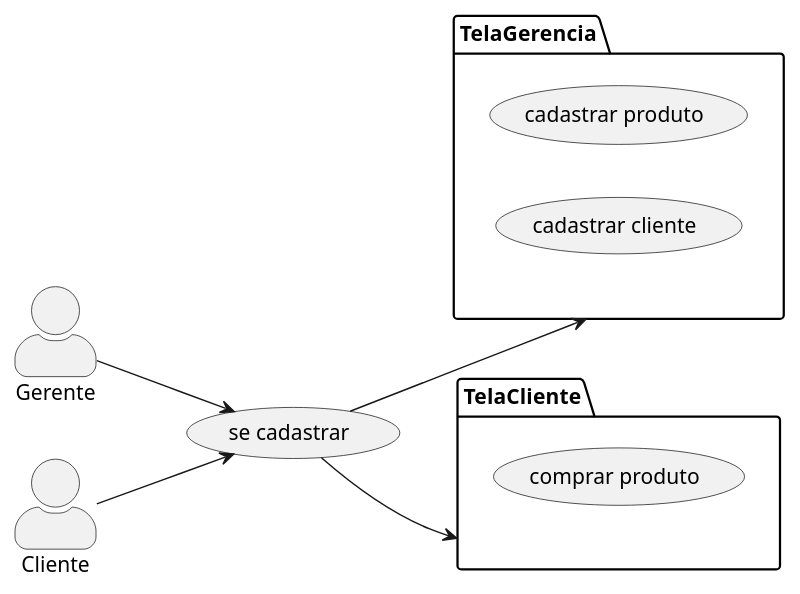
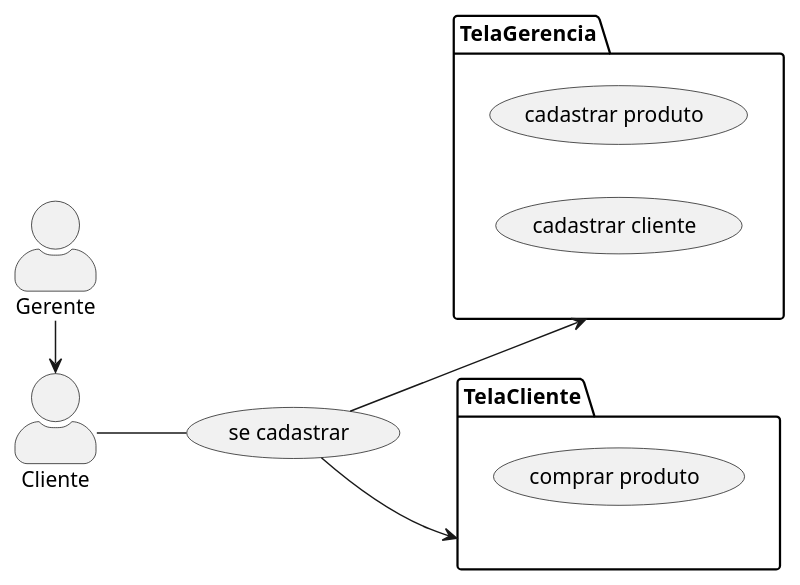
Before and after one commit to Bruthalles/thacsharp1: the diagram in SuperMercado/documents/models/usecase.puml, drawn with PlantUML.

Commit message:
fix case cadastrar

```diff
--- a/SuperMercado/documents/models/usecase.puml
+++ b/SuperMercado/documents/models/usecase.puml
@@ -1,21 +1,21 @@
 @startuml usecase
 left to right direction
 skinparam actorStyle awesome
 usecase "se cadastrar" as cadastro
 
-:Gerente: --> cadastro
-:Cliente: --> cadastro
+:Gerente: -right-> Cliente
+:Cliente: -- cadastro
 
 package TelaGerencia{
     usecase "cadastrar produto" as cadProd
     usecase "cadastrar cliente" as cadClient
 }
 
 package TelaCliente{
     usecase "comprar produto" as comprar
 }
 
 cadastro --> TelaGerencia
 cadastro --> TelaCliente
 
 @enduml
```
